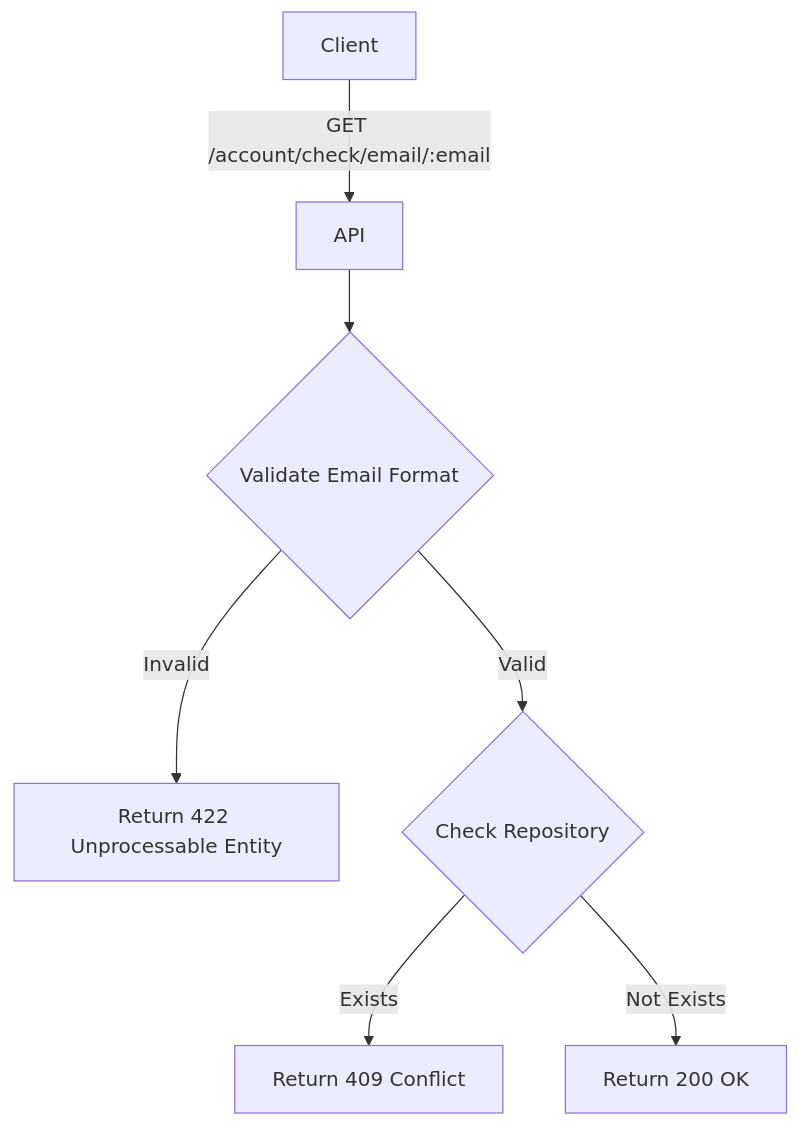
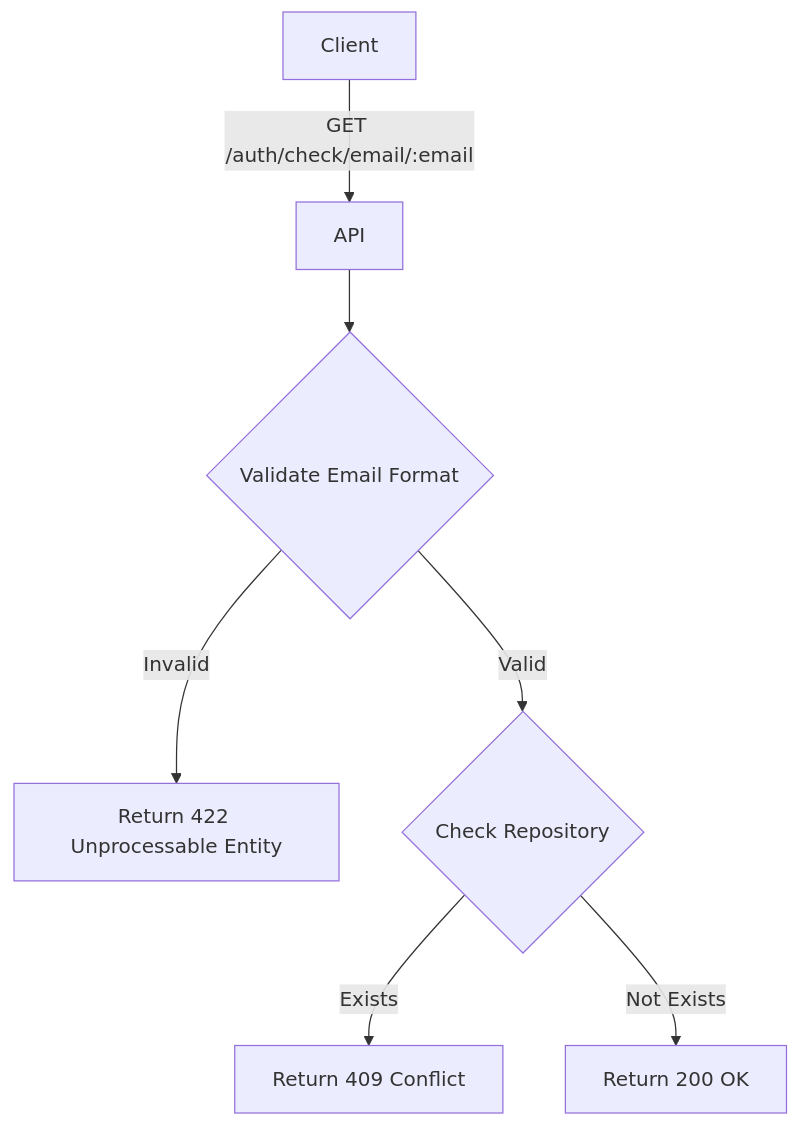
One commit to leandroluk/investor changed the diagram in apps/doc/src/content/api/auth/check-email.mdx. Above: the diagram before and after it, drawn with Mermaid. The commit also changed other lines of this file and 132 other files, not shown here.

````diff
--- a/apps/doc/src/content/api/auth/check-email.mdx
+++ b/apps/doc/src/content/api/auth/check-email.mdx
@@ -23,9 +23,9 @@
 ```mermaid
 flowchart TD
-    A["Client"] -- "GET /account/check/email/:email" --> B["API"]
+    A["Client"] -- "GET /auth/check/email/:email" --> B["API"]
     B --> C{"Validate Email Format"}
     C -- "Invalid" --> D["Return 422 Unprocessable Entity"]
     C -- "Valid" --> E{"Check Repository"}
     E -- "Exists" --> F["Return 409 Conflict"]
     E -- "Not Exists" --> G["Return 200 OK"]
 ```
````
